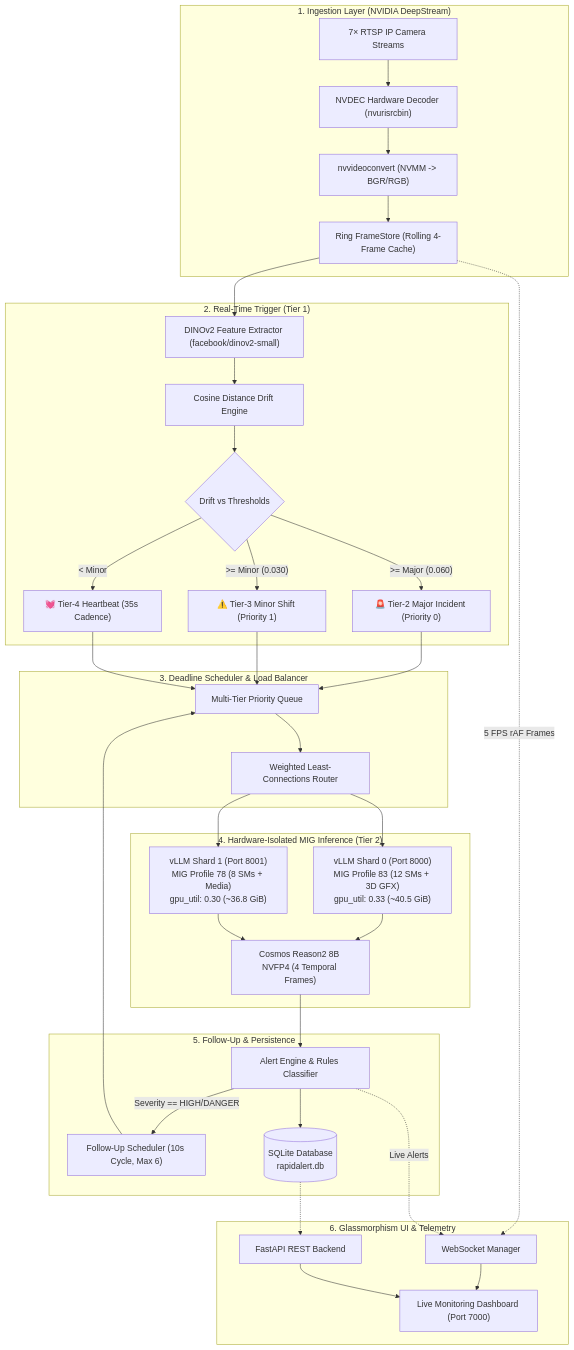
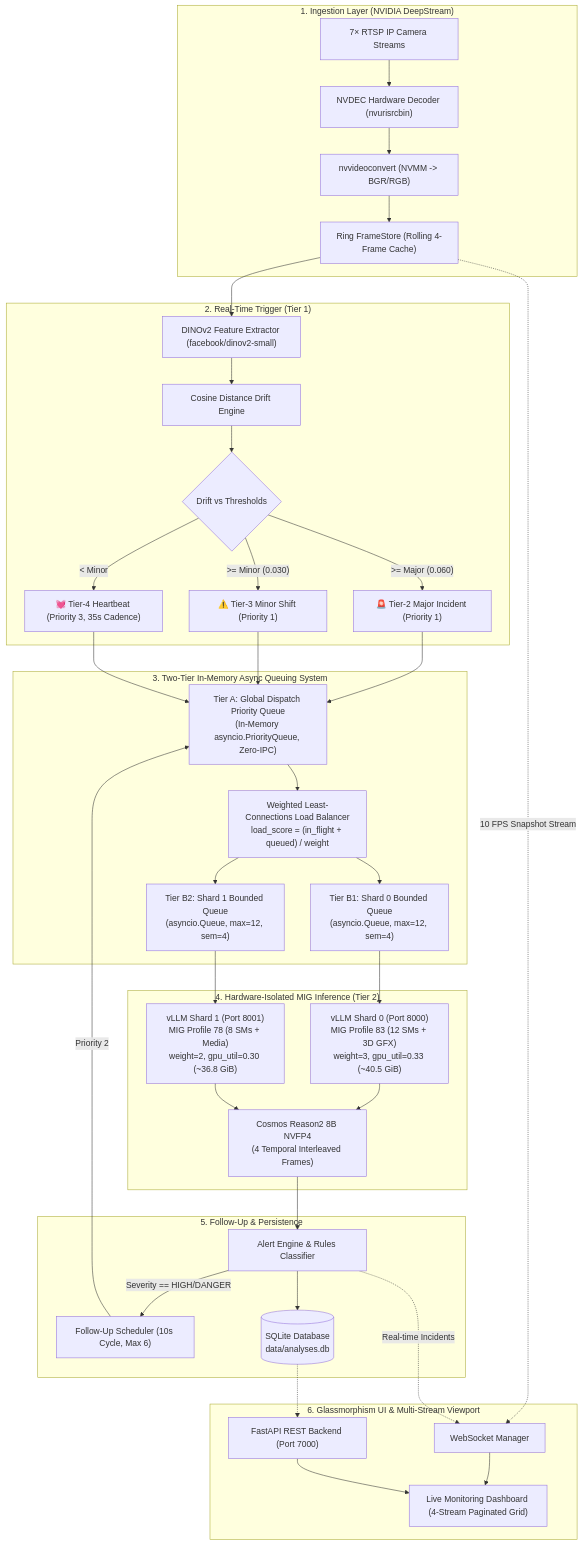
The first of 2 diagrams in README.md (kaushikvarma-create/RapidAlert), drawn with Mermaid before and after one commit. The commit also changed other lines of this file and 1 other file, not shown here.

Commit message:
docs: expand README and technical deepdive with two-tier priority queuing architecture, MIG load balancing, and performance telemetry

````diff
--- a/README.md
+++ b/README.md
@@ -39,46 +48,48 @@
 ```mermaid
 flowchart TB
     subgraph INGEST["1. Ingestion Layer (NVIDIA DeepStream)"]
         RTSP["7× RTSP IP Camera Streams"] --> NVDEC["NVDEC Hardware Decoder (nvurisrcbin)"]
         NVDEC --> CONV["nvvideoconvert (NVMM -> BGR/RGB)"]
         CONV --> STORE["Ring FrameStore (Rolling 4-Frame Cache)"]
     end
 
     subgraph TRIGGER["2. Real-Time Trigger (Tier 1)"]
         STORE --> DINO["DINOv2 Feature Extractor (facebook/dinov2-small)"]
         DINO --> COSINE["Cosine Distance Drift Engine"]
         COSINE --> CLASSIFY{"Drift vs Thresholds"}
-        CLASSIFY -->|">= Major (0.060)"| TIER2["🚨 Tier-2 Major Incident (Priority 0)"]
+        CLASSIFY -->|">= Major (0.060)"| TIER2["🚨 Tier-2 Major Incident (Priority 1)"]
         CLASSIFY -->|">= Minor (0.030)"| TIER3["⚠️ Tier-3 Minor Shift (Priority 1)"]
-        CLASSIFY -->|"< Minor"| HB["💓 Tier-4 Heartbeat (35s Cadence)"]
+        CLASSIFY -->|"< Minor"| HB["💓 Tier-4 Heartbeat (Priority 3, 35s Cadence)"]
     end
 
-    subgraph SCHEDULER["3. Deadline Scheduler & Load Balancer"]
-        TIER2 --> PRIO_Q["Multi-Tier Priority Queue"]
+    subgraph QUEUE_LAYER["3. Two-Tier In-Memory Async Queuing System"]
+        TIER2 --> PRIO_Q["Tier A: Global Dispatch Priority Queue<br>(In-Memory asyncio.PriorityQueue, Zero-IPC)"]
         TIER3 --> PRIO_Q
         HB --> PRIO_Q
-        PRIO_Q --> DISPATCH["Weighted Least-Connections Router"]
+        PRIO_Q --> ROUTER["Weighted Least-Connections Load Balancer<br>load_score = (in_flight + queued) / weight"]
+        ROUTER --> SHARD_Q0["Tier B1: Shard 0 Bounded Queue<br>(asyncio.Queue, max=12, sem=4)"]
+        ROUTER --> SHARD_Q1["Tier B2: Shard 1 Bounded Queue<br>(asyncio.Queue, max=12, sem=4)"]
     end
 
     subgraph MIG["4. Hardware-Isolated MIG Inference (Tier 2)"]
-        DISPATCH --> SHARD0["vLLM Shard 0 (Port 8000)<br>MIG Profile 83 (12 SMs + 3D GFX)<br>gpu_util: 0.33 (~40.5 GiB)"]
-        DISPATCH --> SHARD1["vLLM Shard 1 (Port 8001)<br>MIG Profile 78 (8 SMs + Media)<br>gpu_util: 0.30 (~36.8 GiB)"]
-        SHARD0 --> VLM["Cosmos Reason2 8B NVFP4 (4 Temporal Frames)"]
-        SHARD1 --> VLM
+        SHARD_Q0 --> VLLM0["vLLM Shard 0 (Port 8000)<br>MIG Profile 83 (12 SMs + 3D GFX)<br>weight=3, gpu_util=0.33 (~40.5 GiB)"]
+        SHARD_Q1 --> VLLM1["vLLM Shard 1 (Port 8001)<br>MIG Profile 78 (8 SMs + Media)<br>weight=2, gpu_util=0.30 (~36.8 GiB)"]
+        VLLM0 --> VLM["Cosmos Reason2 8B NVFP4<br>(4 Temporal Interleaved Frames)"]
+        VLLM1 --> VLM
     end
 
     subgraph PERSIST["5. Follow-Up & Persistence"]
         VLM --> ALERT_ENG["Alert Engine & Rules Classifier"]
         ALERT_ENG -->|Severity == HIGH/DANGER| FOLLOW["Follow-Up Scheduler (10s Cycle, Max 6)"]
-        FOLLOW --> PRIO_Q
-        ALERT_ENG --> SQLITE[("SQLite Database<br>rapidalert.db")]
+        FOLLOW -->|Priority 2| PRIO_Q
+        ALERT_ENG --> SQLITE[("SQLite Database<br>data/analyses.db")]
     end
 
-    subgraph UI["6. Glassmorphism UI & Telemetry"]
-        STORE -.->|5 FPS rAF Frames| WS["WebSocket Manager"]
-        ALERT_ENG -.->|Live Alerts| WS
-        SQLITE -.-> API["FastAPI REST Backend"]
-        WS --> DASH["Live Monitoring Dashboard (Port 7000)"]
+    subgraph UI["6. Glassmorphism UI & Multi-Stream Viewport"]
+        STORE -.->|10 FPS Snapshot Stream| WS["WebSocket Manager"]
+        ALERT_ENG -.->|Real-time Incidents| WS
+        SQLITE -.-> API["FastAPI REST Backend (Port 7000)"]
+        WS --> DASH["Live Monitoring Dashboard (4-Stream Paginated Grid)"]
         API --> DASH
     end
 ```
````
